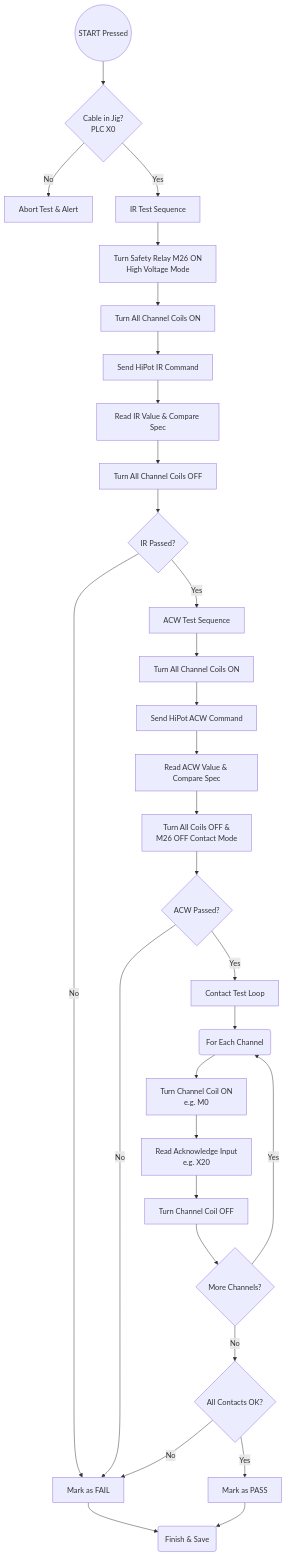
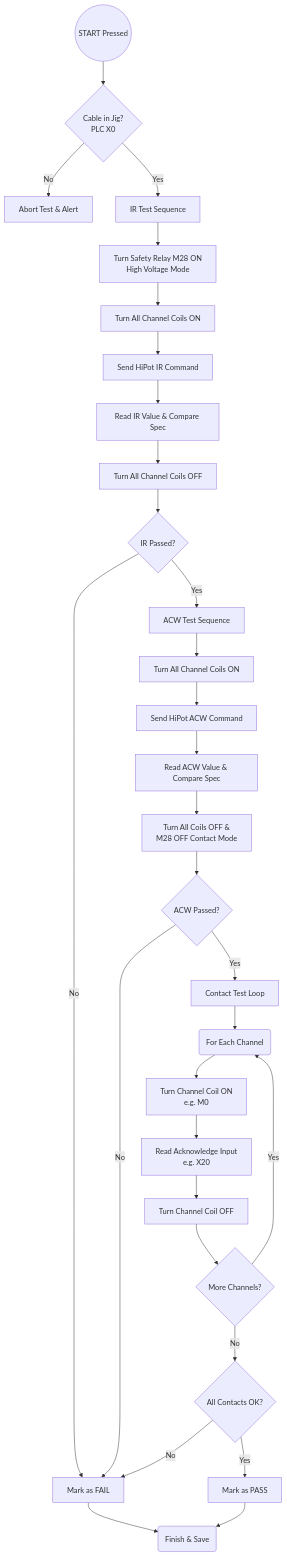
Before and after one commit to nithin2k5/FeederCable: the diagram in test_console_workflow.md, drawn with Mermaid. The commit also changed other lines of this file and 1 other file, not shown here.

Commit message:
Update log messages and UI labels from M26 to M28 for Safety Relay

````diff
--- a/test_console_workflow.md
+++ b/test_console_workflow.md
@@ -19,39 +19,39 @@
 ```mermaid
 flowchart TD
     Start((START Pressed)) --> CheckCable{Cable in Jig? <br/> PLC X0}
     CheckCable -- No --> Abort[Abort Test & Alert]
     CheckCable -- Yes --> IRTest[IR Test Sequence]
     
-    IRTest --> M26ON[Turn Safety Relay M26 ON <br/> High Voltage Mode]
-    M26ON --> AllCoilsON[Turn All Channel Coils ON]
+    IRTest --> M28ON[Turn Safety Relay M28 ON <br/> High Voltage Mode]
+    M28ON --> AllCoilsON[Turn All Channel Coils ON]
     AllCoilsON --> HiPotIR[Send HiPot IR Command]
     HiPotIR --> ReadIR[Read IR Value & Compare Spec]
     ReadIR --> ResetCoils1[Turn All Channel Coils OFF]
     
     ResetCoils1 --> PassIR{IR Passed?}
     PassIR -- No --> FailRoute[Mark as FAIL]
     PassIR -- Yes --> ACWTest[ACW Test Sequence]
     
     ACWTest --> AllCoilsON2[Turn All Channel Coils ON]
     AllCoilsON2 --> HiPotACW[Send HiPot ACW Command]
     HiPotACW --> ReadACW[Read ACW Value & Compare Spec]
-    ReadACW --> ResetCoils2[Turn All Coils OFF & <br/> M26 OFF Contact Mode]
+    ReadACW --> ResetCoils2[Turn All Coils OFF & <br/> M28 OFF Contact Mode]
     
     ResetCoils2 --> PassACW{ACW Passed?}
     PassACW -- No --> FailRoute
     PassACW -- Yes --> ContactTest[Contact Test Loop]
     
     ContactTest --> LoopStart(For Each Channel)
     LoopStart --> ChON[Turn Channel Coil ON <br/> e.g. M0]
     ChON --> ReadAck[Read Acknowledge Input <br/> e.g. X20]
     ReadAck --> ChOFF[Turn Channel Coil OFF]
     ChOFF --> NextCh{More Channels?}
     NextCh -- Yes --> LoopStart
     NextCh -- No --> EvalContact{All Contacts OK?}
     
     EvalContact -- No --> FailRoute
     EvalContact -- Yes --> PassRoute[Mark as PASS]
     
     FailRoute --> Finish(Finish & Save)
     PassRoute --> Finish
 ```
````
